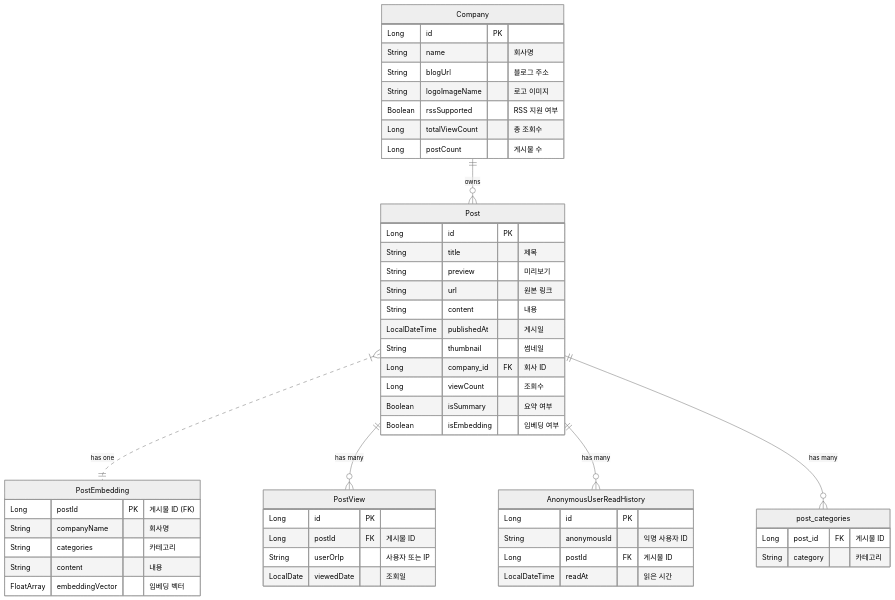
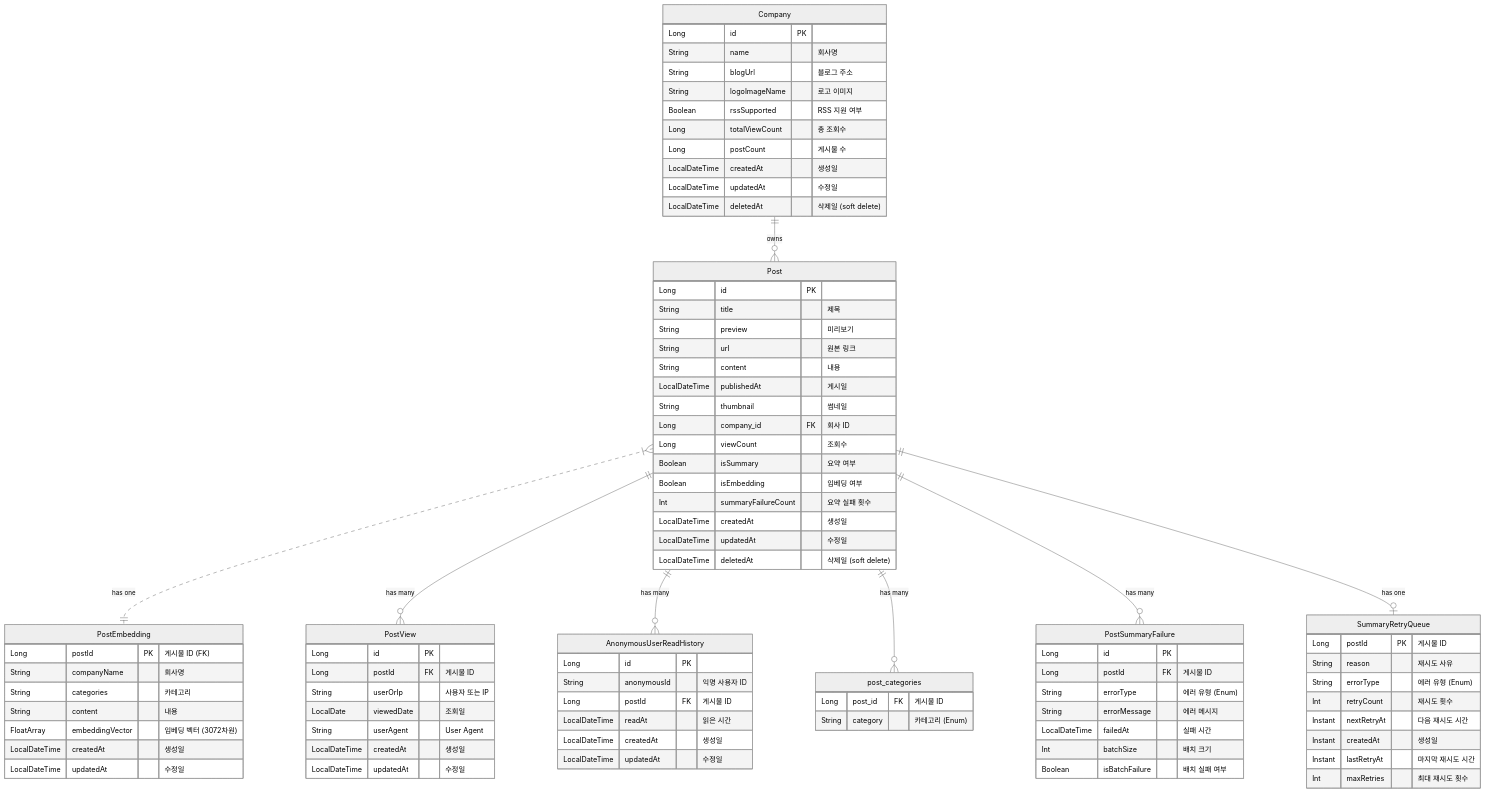
Before and after one commit to kitoha/TechInsights-Server: the diagram in README.md, drawn with Mermaid (neutral theme). The commit also changed other lines of this file and 1 other file, not shown here.

````diff
--- a/README.md
+++ b/README.md
@@ -190,6 +215,9 @@
         Boolean rssSupported "RSS 지원 여부"
         Long totalViewCount "총 조회수"
         Long postCount "게시물 수"
+        LocalDateTime createdAt "생성일"
+        LocalDateTime updatedAt "수정일"
+        LocalDateTime deletedAt "삭제일 (soft delete)"
     }
 
     Post {
@@ -204,11 +232,15 @@
         Long viewCount "조회수"
         Boolean isSummary "요약 여부"
         Boolean isEmbedding "임베딩 여부"
+        Int summaryFailureCount "요약 실패 횟수"
+        LocalDateTime createdAt "생성일"
+        LocalDateTime updatedAt "수정일"
+        LocalDateTime deletedAt "삭제일 (soft delete)"
     }
 
     post_categories {
         Long post_id FK "게시물 ID"
-        String category "카테고리"
+        String category "카테고리 (Enum)"
     }
 
     PostEmbedding {
@@ -216,7 +248,9 @@
         String companyName "회사명"
         String categories "카테고리"
         String content "내용"
-        FloatArray embeddingVector "임베딩 벡터"
+        FloatArray embeddingVector "임베딩 벡터 (3072차원)"
+        LocalDateTime createdAt "생성일"
+        LocalDateTime updatedAt "수정일"
     }
 
     PostView {
@@ -224,6 +258,9 @@
         Long postId FK "게시물 ID"
         String userOrIp "사용자 또는 IP"
         LocalDate viewedDate "조회일"
+        String userAgent "User Agent"
+        LocalDateTime createdAt "생성일"
+        LocalDateTime updatedAt "수정일"
     }
 
     AnonymousUserReadHistory {
@@ -231,6 +268,29 @@
         String anonymousId "익명 사용자 ID"
         Long postId FK "게시물 ID"
         LocalDateTime readAt "읽은 시간"
+        LocalDateTime createdAt "생성일"
+        LocalDateTime updatedAt "수정일"
+    }
+
+    PostSummaryFailure {
+        Long id PK
+        Long postId FK "게시물 ID"
+        String errorType "에러 유형 (Enum)"
+        String errorMessage "에러 메시지"
+        LocalDateTime failedAt "실패 시간"
+        Int batchSize "배치 크기"
+        Boolean isBatchFailure "배치 실패 여부"
+    }
+
+    SummaryRetryQueue {
+        Long postId PK "게시물 ID"
+        String reason "재시도 사유"
+        String errorType "에러 유형 (Enum)"
+        Int retryCount "재시도 횟수"
+        Instant nextRetryAt "다음 재시도 시간"
+        Instant createdAt "생성일"
+        Instant lastRetryAt "마지막 재시도 시간"
+        Int maxRetries "최대 재시도 횟수"
     }
 
     Company ||--o{ Post : "owns"
@@ -238,4 +298,6 @@
     Post ||--o{ PostView : "has many"
     Post ||--o{ AnonymousUserReadHistory : "has many"
     Post ||--o{ post_categories : "has many"
+    Post ||--o{ PostSummaryFailure : "has many"
+    Post ||--o| SummaryRetryQueue : "has one"
 ```
````
